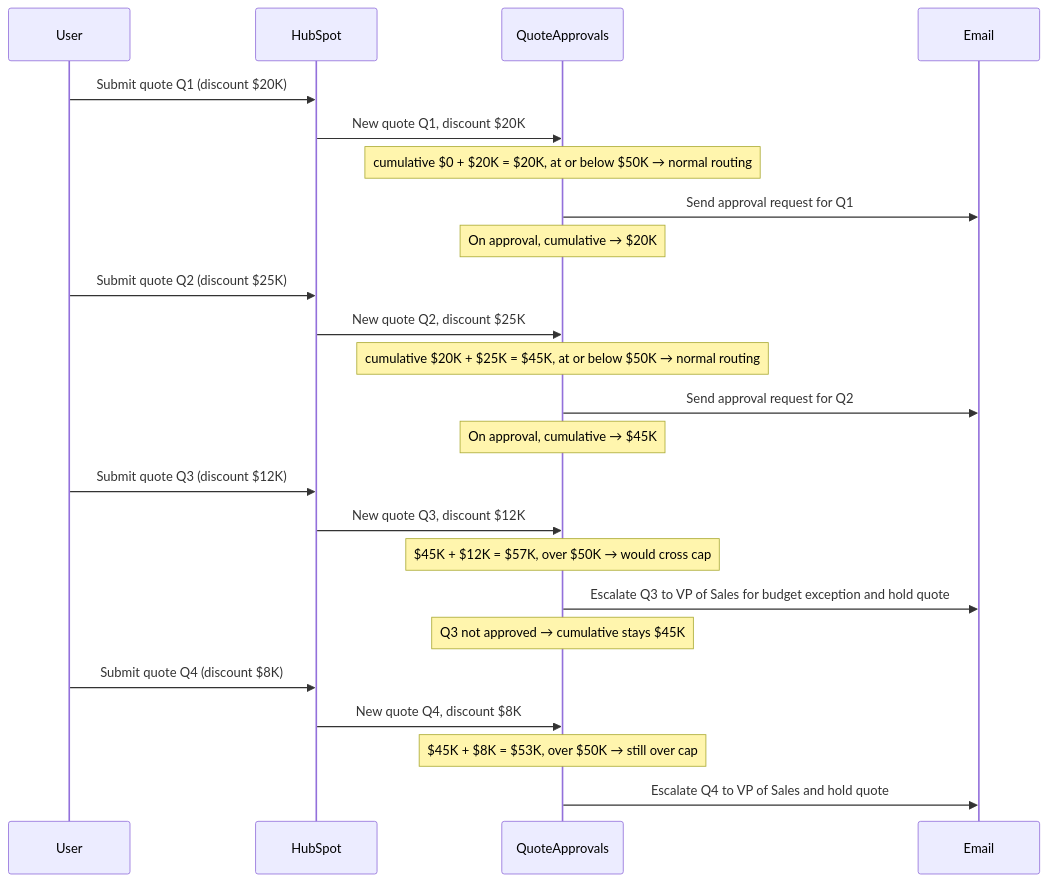
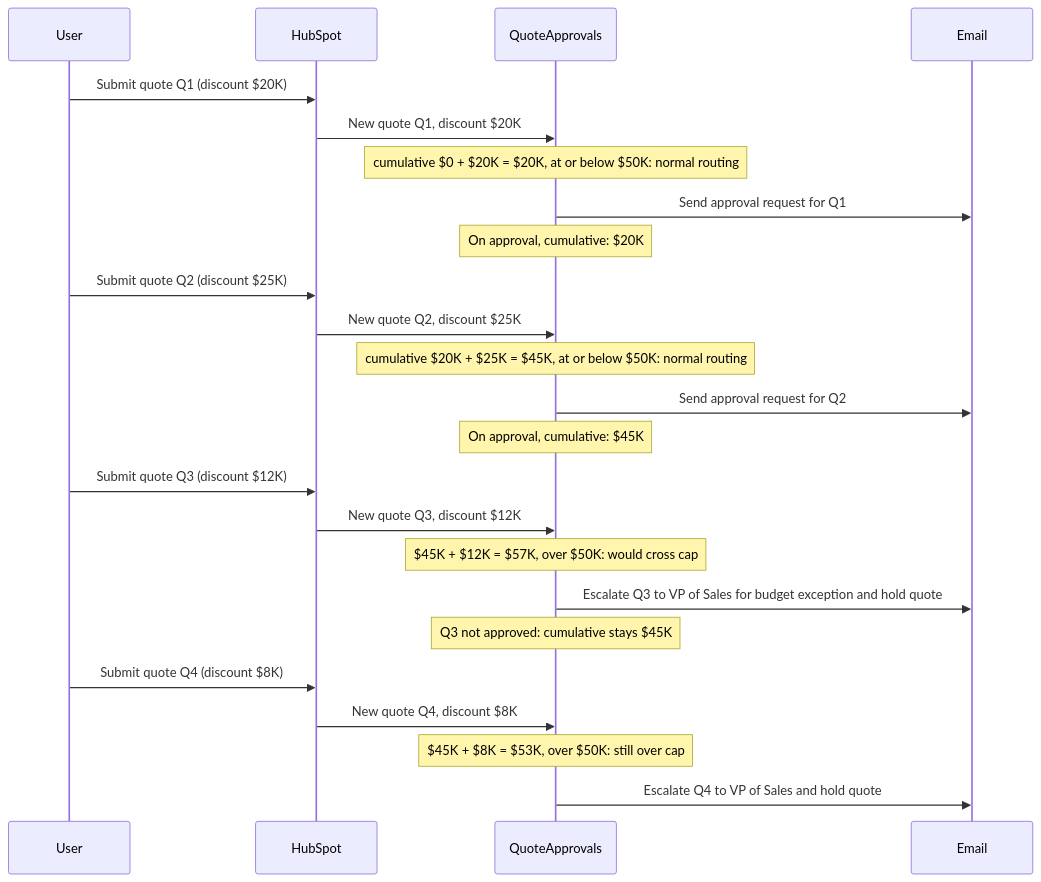
Before and after one commit to asafam/programmable-online-llm-objects: the third of 16 diagrams in examples/deal-desk-manage-hubspot-quote-approvals-slack.md, drawn with Mermaid. The commit also changed other lines of this file and 2 other files, not shown here.

Commit message:
examples: replace → arrow with colon in mermaid notes
The unicode arrow rendered inconsistently in some mermaid viewers;
use a plain colon (or a word) to express the condition/result instead.

````diff
--- a/examples/deal-desk-manage-hubspot-quote-approvals-slack.md
+++ b/examples/deal-desk-manage-hubspot-quote-approvals-slack.md
@@ -90,30 +90,30 @@
 ```mermaid
 sequenceDiagram
   participant User
   participant HubSpot
   participant QuoteApprovals
   participant Email
 
   User->>HubSpot: Submit quote Q1 (discount $20K)
   HubSpot->>QuoteApprovals: New quote Q1, discount $20K
-  Note over QuoteApprovals: cumulative $0 + $20K = $20K, at or below $50K → normal routing
+  Note over QuoteApprovals: cumulative $0 + $20K = $20K, at or below $50K: normal routing
   QuoteApprovals->>Email: Send approval request for Q1
-  Note over QuoteApprovals: On approval, cumulative → $20K
+  Note over QuoteApprovals: On approval, cumulative: $20K
 
   User->>HubSpot: Submit quote Q2 (discount $25K)
   HubSpot->>QuoteApprovals: New quote Q2, discount $25K
-  Note over QuoteApprovals: cumulative $20K + $25K = $45K, at or below $50K → normal routing
+  Note over QuoteApprovals: cumulative $20K + $25K = $45K, at or below $50K: normal routing
   QuoteApprovals->>Email: Send approval request for Q2
-  Note over QuoteApprovals: On approval, cumulative → $45K
+  Note over QuoteApprovals: On approval, cumulative: $45K
 
   User->>HubSpot: Submit quote Q3 (discount $12K)
   HubSpot->>QuoteApprovals: New quote Q3, discount $12K
-  Note over QuoteApprovals: $45K + $12K = $57K, over $50K → would cross cap
+  Note over QuoteApprovals: $45K + $12K = $57K, over $50K: would cross cap
   QuoteApprovals->>Email: Escalate Q3 to VP of Sales for budget exception and hold quote
-  Note over QuoteApprovals: Q3 not approved → cumulative stays $45K
+  Note over QuoteApprovals: Q3 not approved: cumulative stays $45K
 
   User->>HubSpot: Submit quote Q4 (discount $8K)
   HubSpot->>QuoteApprovals: New quote Q4, discount $8K
-  Note over QuoteApprovals: $45K + $8K = $53K, over $50K → still over cap
+  Note over QuoteApprovals: $45K + $8K = $53K, over $50K: still over cap
   QuoteApprovals->>Email: Escalate Q4 to VP of Sales and hold quote
 ```
````
